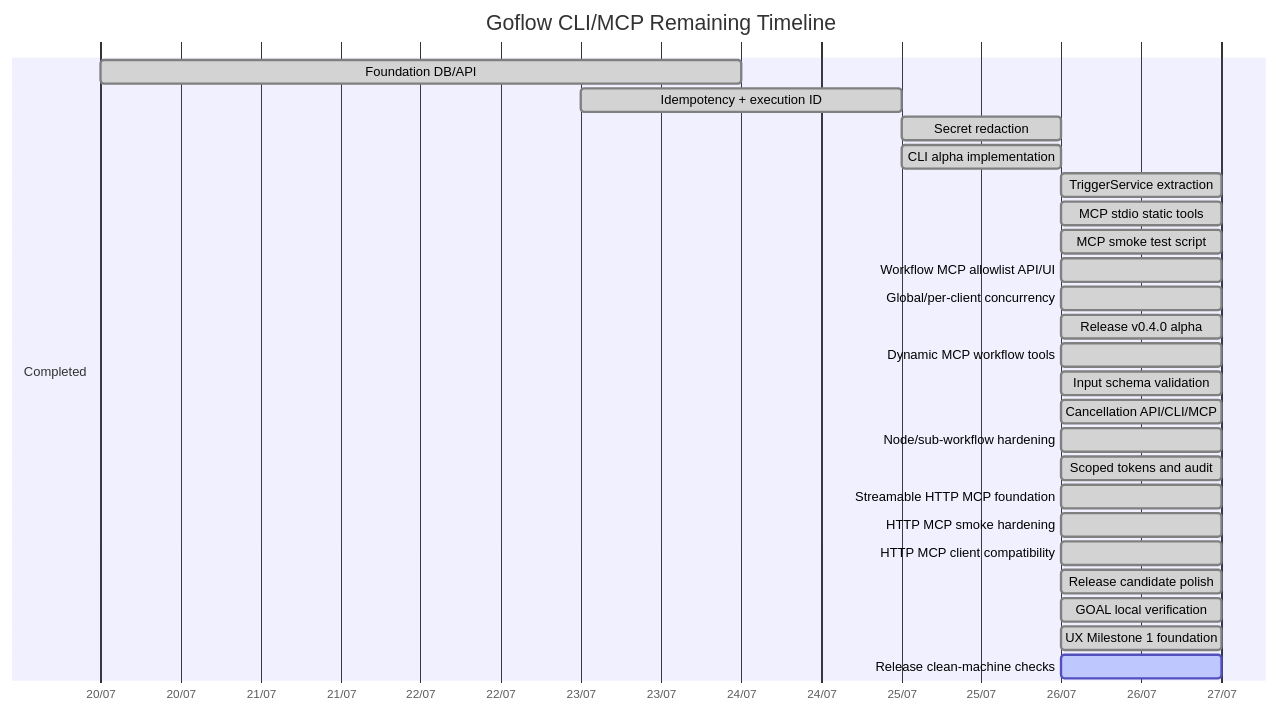
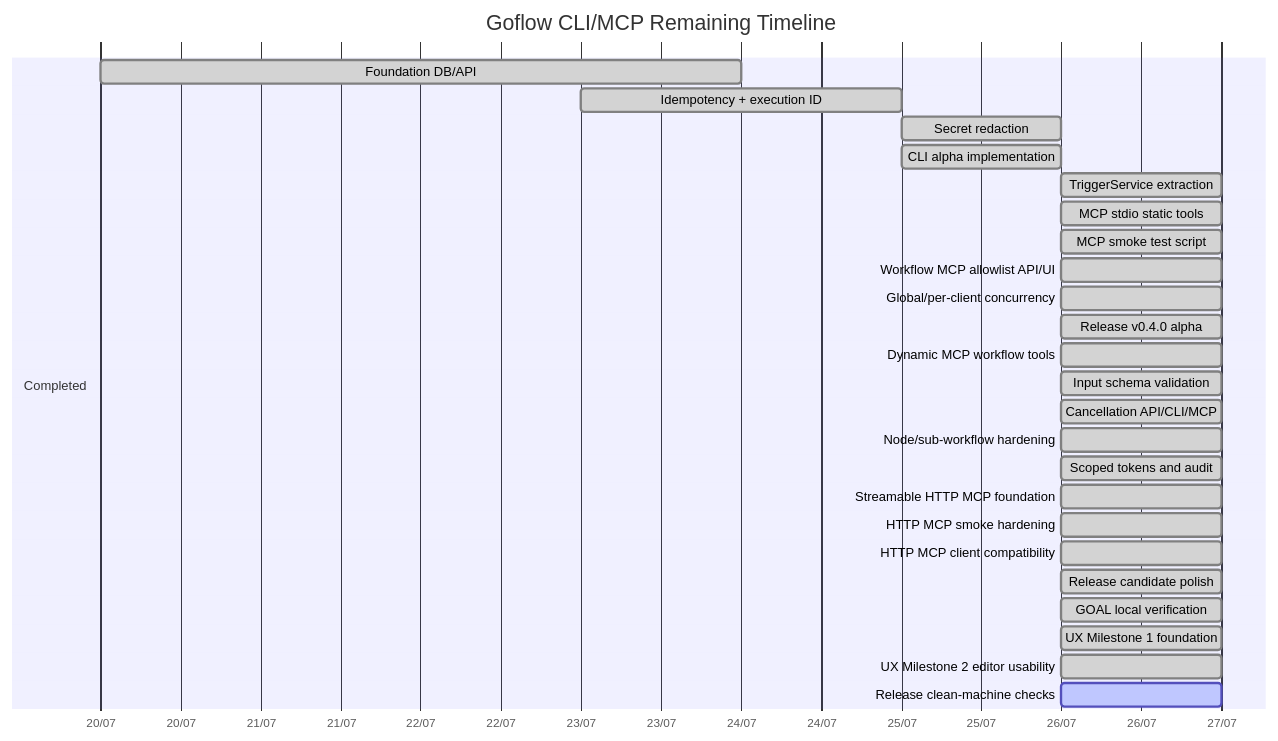
The second of 2 diagrams in ROADMAP_PROGRESS.md (hstptcn5/Goflow), drawn with Mermaid before and after one commit. The commit also changed other lines of this file and 25 other files, not shown here.

Commit message:
Complete UX milestone 2 editor usability

````diff
--- a/ROADMAP_PROGRESS.md
+++ b/ROADMAP_PROGRESS.md
@@ -123,32 +150,33 @@
 ```mermaid
 gantt
     title Goflow CLI/MCP Remaining Timeline
     dateFormat  YYYY-MM-DD
     axisFormat  %d/%m
 
     section Completed
     Foundation DB/API             :done, f1, 2026-07-20, 4d
     Idempotency + execution ID     :done, f2, 2026-07-23, 2d
     Secret redaction               :done, f3, 2026-07-25, 1d
     CLI alpha implementation       :done, cli1, 2026-07-25, 1d
     TriggerService extraction      :done, svc1, 2026-07-26, 1d
     MCP stdio static tools         :done, mcp1, 2026-07-26, 1d
     MCP smoke test script          :done, mcp2, 2026-07-26, 1d
     Workflow MCP allowlist API/UI  :done, mcp3, 2026-07-26, 1d
     Global/per-client concurrency  :done, hard0, 2026-07-26, 1d
     Release v0.4.0 alpha           :done, rel1, 2026-07-26, 1d
     Dynamic MCP workflow tools     :done, mcp4, 2026-07-26, 1d
     Input schema validation        :done, mcp5, 2026-07-26, 1d
     Cancellation API/CLI/MCP       :done, hard2, 2026-07-26, 1d
     Node/sub-workflow hardening    :done, hard1, 2026-07-26, 1d
     Scoped tokens and audit        :done, sec1, 2026-07-26, 1d
 
     section Completed
     Streamable HTTP MCP foundation :done, http1, 2026-07-26, 1d
     HTTP MCP smoke hardening       :done, http2, 2026-07-26, 1d
     HTTP MCP client compatibility  :done, http3, 2026-07-26, 1d
     Release candidate polish       :done, rc1, 2026-07-26, 1d
     GOAL local verification        :done, goal1, 2026-07-26, 1d
     UX Milestone 1 foundation      :done, ux1, 2026-07-26, 1d
+    UX Milestone 2 editor usability:done, ux2, 2026-07-26, 1d
     Release clean-machine checks   :active, goal2, 2026-07-26, 1d
 ```
````
